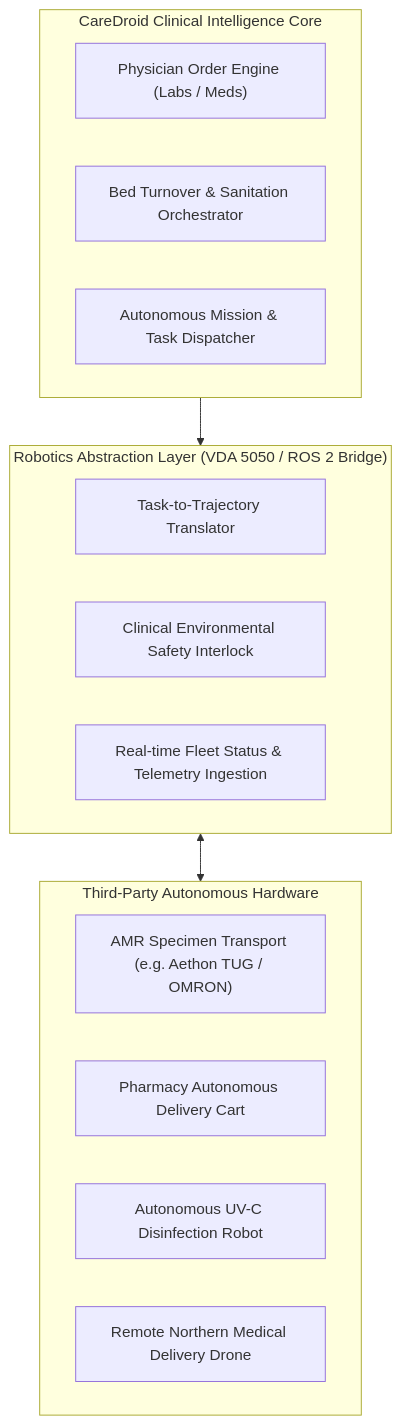
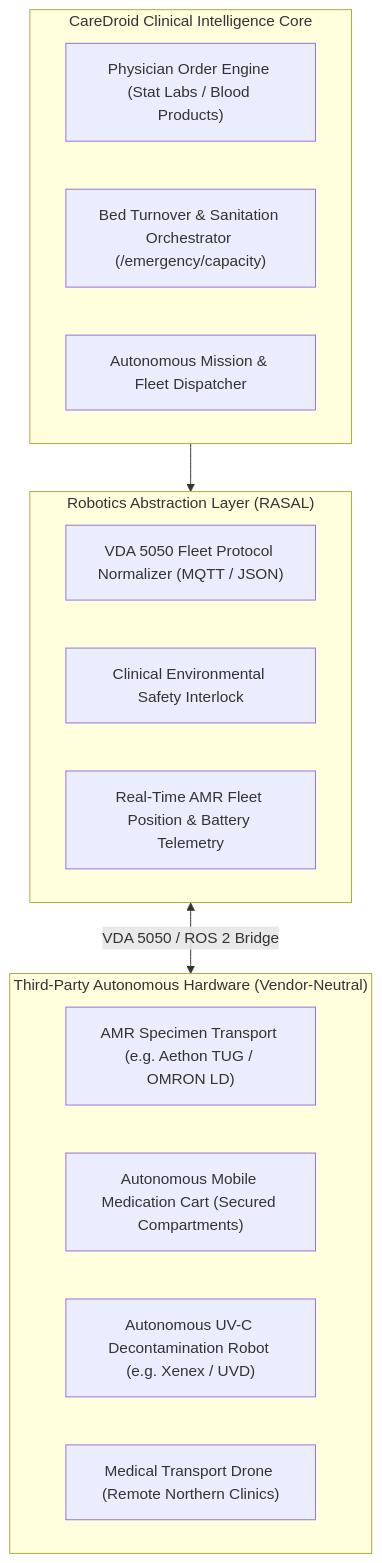
Before and after one commit to MISHHF93/CareDroid-Clinical-AI: the diagram in docs/ROBOTICS_INTEGRATION.md, drawn with Mermaid. The commit also changed other lines of this file and 328 other files, not shown here.

````diff
--- a/docs/ROBOTICS_INTEGRATION.md
+++ b/docs/ROBOTICS_INTEGRATION.md
@@ -16,24 +17,24 @@
 ```mermaid
 flowchart TD
     subgraph CareDroidCore["CareDroid Clinical Intelligence Core"]
-        OrderEngine["Physician Order Engine (Labs / Meds)"]
-        CleanBoard["Bed Turnover & Sanitation Orchestrator"]
-        MissionManager["Autonomous Mission & Task Dispatcher"]
+        OrderEngine["Physician Order Engine (Stat Labs / Blood Products)"]
+        BedManager["Bed Turnover & Sanitation Orchestrator (/emergency/capacity)"]
+        MissionManager["Autonomous Mission & Fleet Dispatcher"]
     end
 
-    subgraph AbstractionLayer["Robotics Abstraction Layer (VDA 5050 / ROS 2 Bridge)"]
-        TaskTranslator["Task-to-Trajectory Translator"]
-        SafetyInterlock["Clinical Environmental Safety Interlock"]
-        FleetTelemetry["Real-time Fleet Status & Telemetry Ingestion"]
+    subgraph RASAL["Robotics Abstraction Layer (RASAL)"]
+        VdaBridge["VDA 5050 Fleet Protocol Normalizer (MQTT / JSON)"]
+        SafetyGate["Clinical Environmental Safety Interlock"]
+        FleetTelemetry["Real-Time AMR Fleet Position & Battery Telemetry"]
     end
 
-    subgraph AutonomousFleet["Third-Party Autonomous Hardware"]
-        SpecimenAMR["AMR Specimen Transport (e.g. Aethon TUG / OMRON)"]
-        MedDispense["Pharmacy Autonomous Delivery Cart"]
-        UVCDisinfection["Autonomous UV-C Disinfection Robot"]
-        MedicalDrone["Remote Northern Medical Delivery Drone"]
+    subgraph AutonomousFleet["Third-Party Autonomous Hardware (Vendor-Neutral)"]
+        AMRSpecimen["AMR Specimen Transport (e.g. Aethon TUG / OMRON LD)"]
+        AMRPharmacy["Autonomous Mobile Medication Cart (Secured Compartments)"]
+        RobotUVC["Autonomous UV-C Decontamination Robot (e.g. Xenex / UVD)"]
+        DroneLogistics["Medical Transport Drone (Remote Northern Clinics)"]
     end
 
-    CareDroidCore --> AbstractionLayer
-    AbstractionLayer <--> AutonomousFleet
+    CareDroidCore --> RASAL
+    RASAL <-->|VDA 5050 / ROS 2 Bridge| AutonomousFleet
 ```
````
